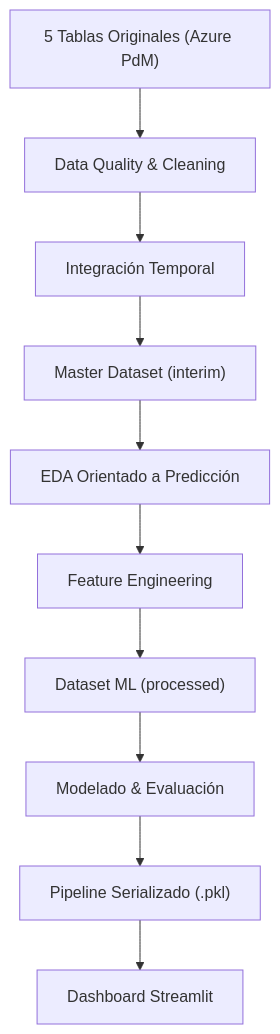
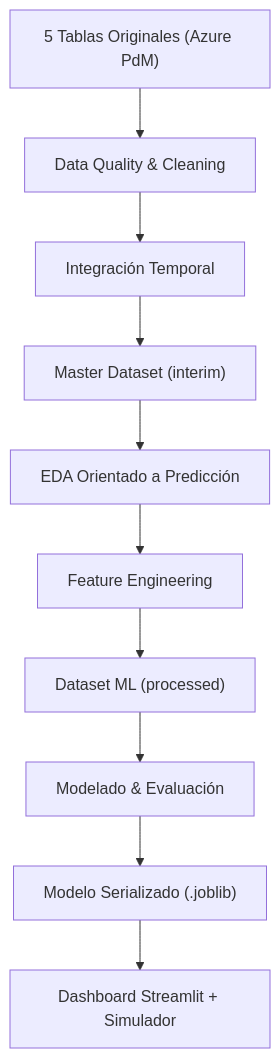
The diagram in docs/roadmap.md (No-Country-simulation/S08-26-EQUIPO-24), drawn with Mermaid before and after one commit. The commit also changed other lines of this file and 5 other files, not shown here.

````diff
--- a/docs/roadmap.md
+++ b/docs/roadmap.md
@@ -32,12 +31,12 @@
 ```mermaid
 graph TD
     A["5 Tablas Originales (Azure PdM)"] --> B["Data Quality & Cleaning"]
     B --> C["Integración Temporal"]
     C --> D["Master Dataset (interim)"]
     D --> E["EDA Orientado a Predicción"]
     E --> F["Feature Engineering"]
     F --> G["Dataset ML (processed)"]
     G --> H["Modelado & Evaluación"]
-    H --> I["Pipeline Serializado (.pkl)"]
-    I --> J["Dashboard Streamlit"]
+    H --> I["Modelo Serializado (.joblib)"]
+    I --> J["Dashboard Streamlit + Simulador"]
 ```
````
